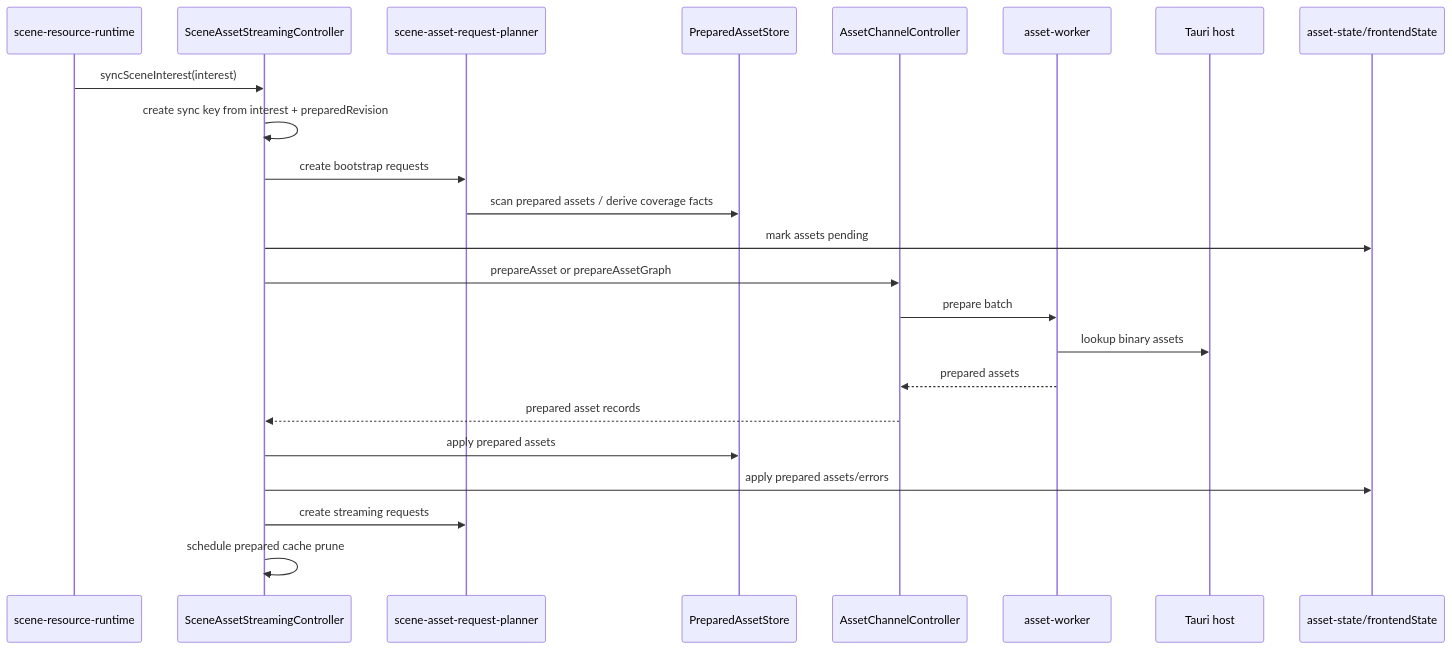
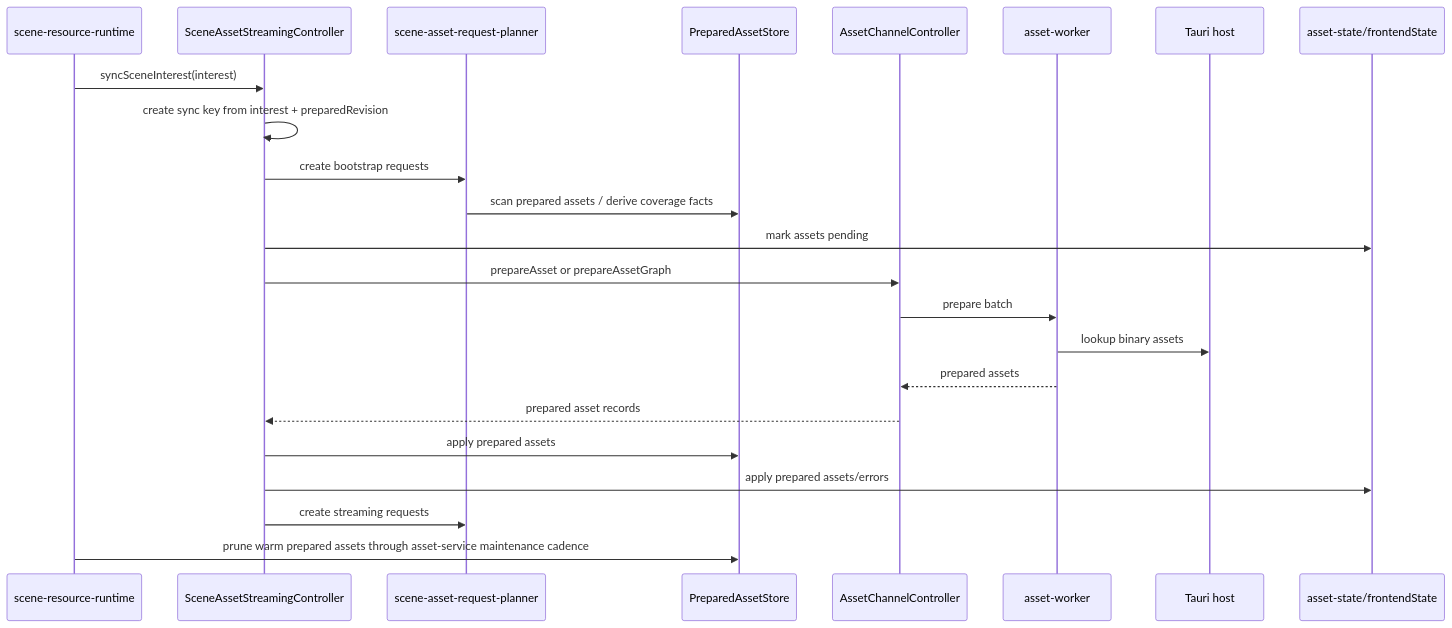
The third of 22 diagrams in docs/plans/holtburger-3d-frontend-v2-design.md (merklejerk/holtburger), drawn with Mermaid before and after one commit. The commit also changed other lines of this file and 11 other files, not shown here.

````diff
--- a/docs/plans/holtburger-3d-frontend-v2-design.md
+++ b/docs/plans/holtburger-3d-frontend-v2-design.md
@@ -175,26 +175,26 @@
 ```mermaid
 sequenceDiagram
   participant Runtime as scene-resource-runtime
   participant Streamer as SceneAssetStreamingController
   participant Planner as scene-asset-request-planner
   participant Store as PreparedAssetStore
   participant Channel as AssetChannelController
   participant Worker as asset-worker
   participant Host as Tauri host
   participant UIState as asset-state/frontendState
 
   Runtime->>Streamer: syncSceneInterest(interest)
   Streamer->>Streamer: create sync key from interest + preparedRevision
   Streamer->>Planner: create bootstrap requests
   Planner->>Store: scan prepared assets / derive coverage facts
   Streamer->>UIState: mark assets pending
   Streamer->>Channel: prepareAsset or prepareAssetGraph
   Channel->>Worker: prepare batch
   Worker->>Host: lookup binary assets
   Worker-->>Channel: prepared assets
   Channel-->>Streamer: prepared asset records
   Streamer->>Store: apply prepared assets
   Streamer->>UIState: apply prepared assets/errors
   Streamer->>Planner: create streaming requests
-  Streamer->>Streamer: schedule prepared cache prune
+  Runtime->>Store: prune warm prepared assets through asset-service maintenance cadence
 ```
````
